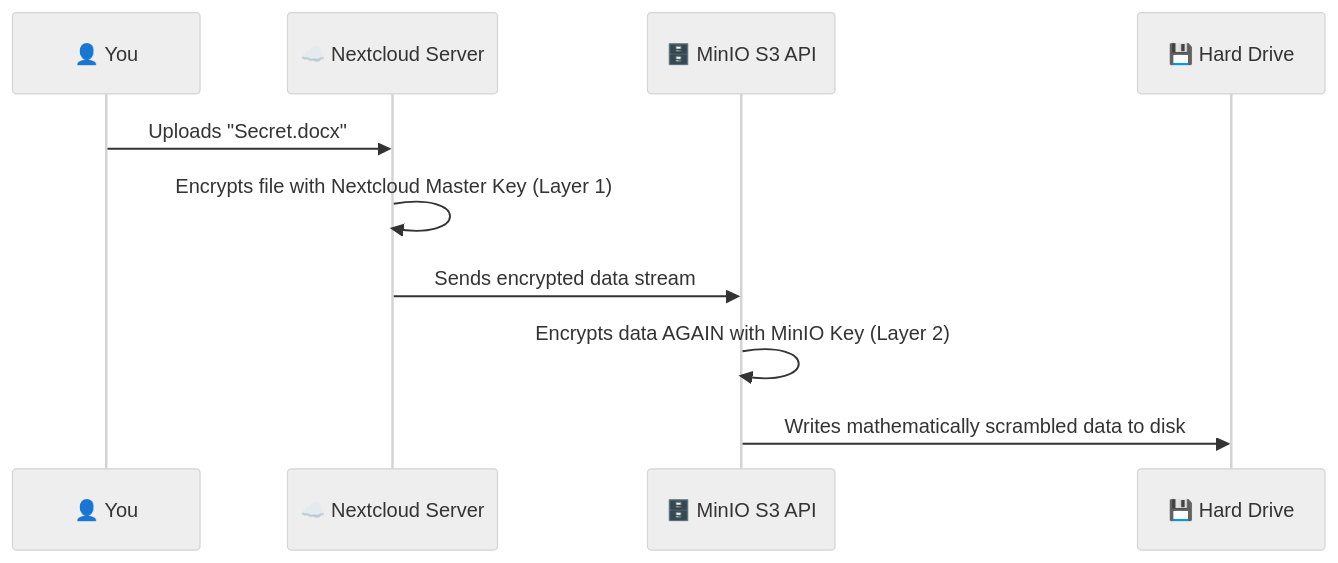
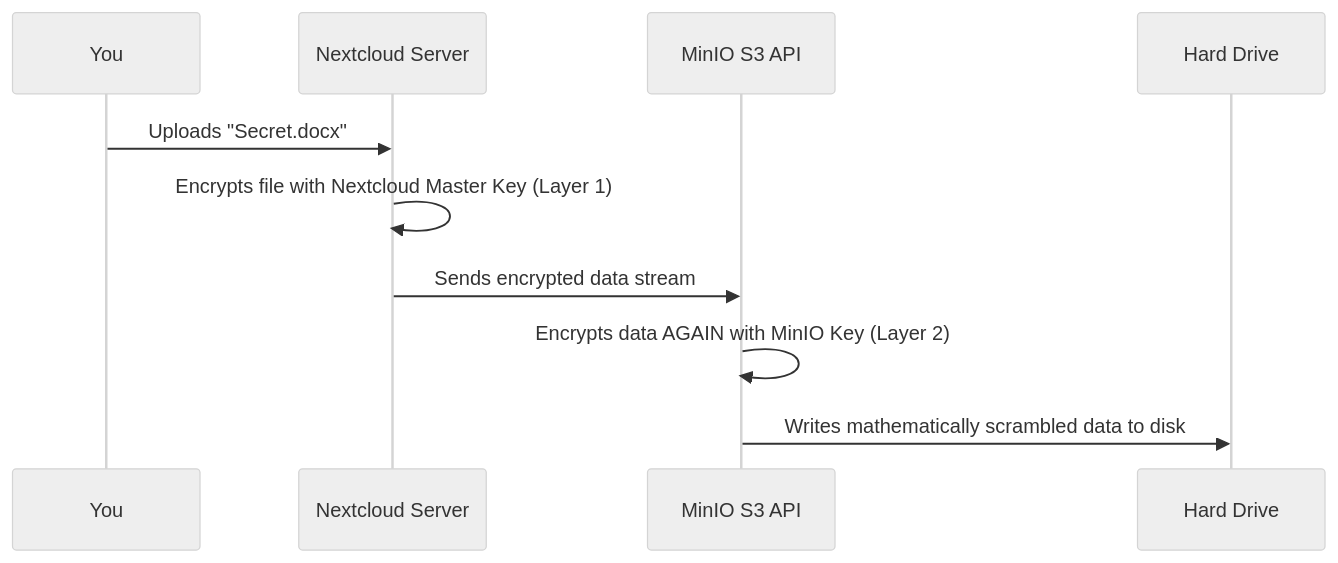
One commit to PorKeat/office_docs changed the diagram in Guides/minio_encryption.md. Above: the diagram before and after it, drawn with Mermaid. The commit also changed 6 other files, not shown here.

````diff
--- a/Guides/minio_encryption.md
+++ b/Guides/minio_encryption.md
@@ -13,14 +13,14 @@
 ```mermaid
 %%{init: {'theme': 'neutral', 'themeVariables': { 'background': 'transparent' }}}%%
 sequenceDiagram
-    participant User as 👤 You
-    participant NC as ☁️ Nextcloud Server
-    participant MinIO as 🗄️ MinIO S3 API
-    participant Disk as 💾 Hard Drive
+    participant User as You
+    participant NC as Nextcloud Server
+    participant MinIO as MinIO S3 API
+    participant Disk as Hard Drive
     
     User->>NC: Uploads "Secret.docx"
     NC->>NC: Encrypts file with Nextcloud Master Key (Layer 1)
     NC->>MinIO: Sends encrypted data stream
     MinIO->>MinIO: Encrypts data AGAIN with MinIO Key (Layer 2)
     MinIO->>Disk: Writes mathematically scrambled data to disk
 ```
````
